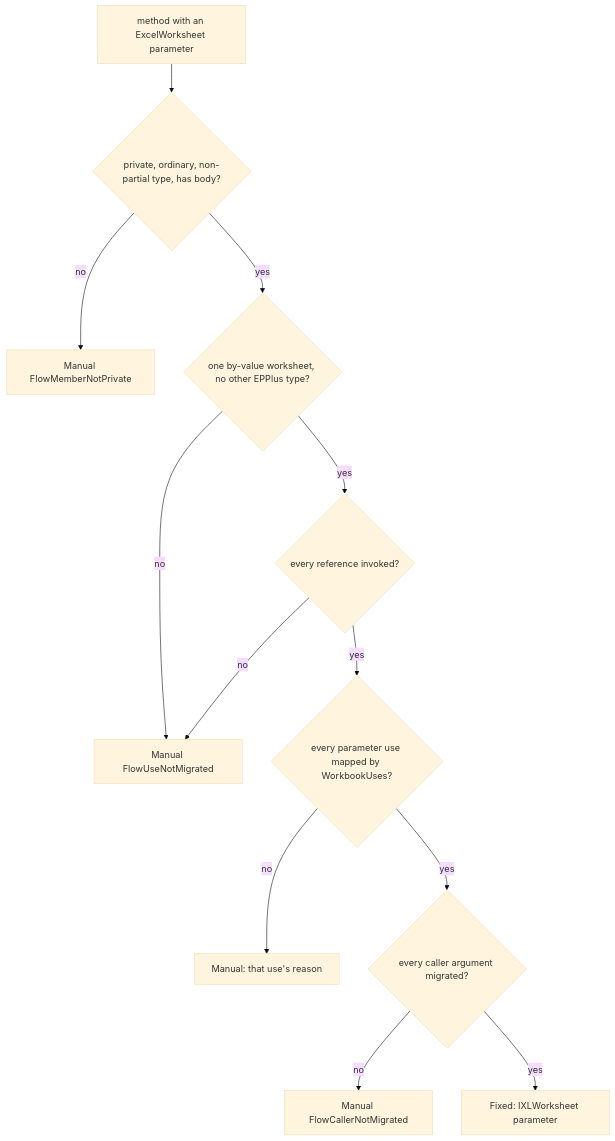
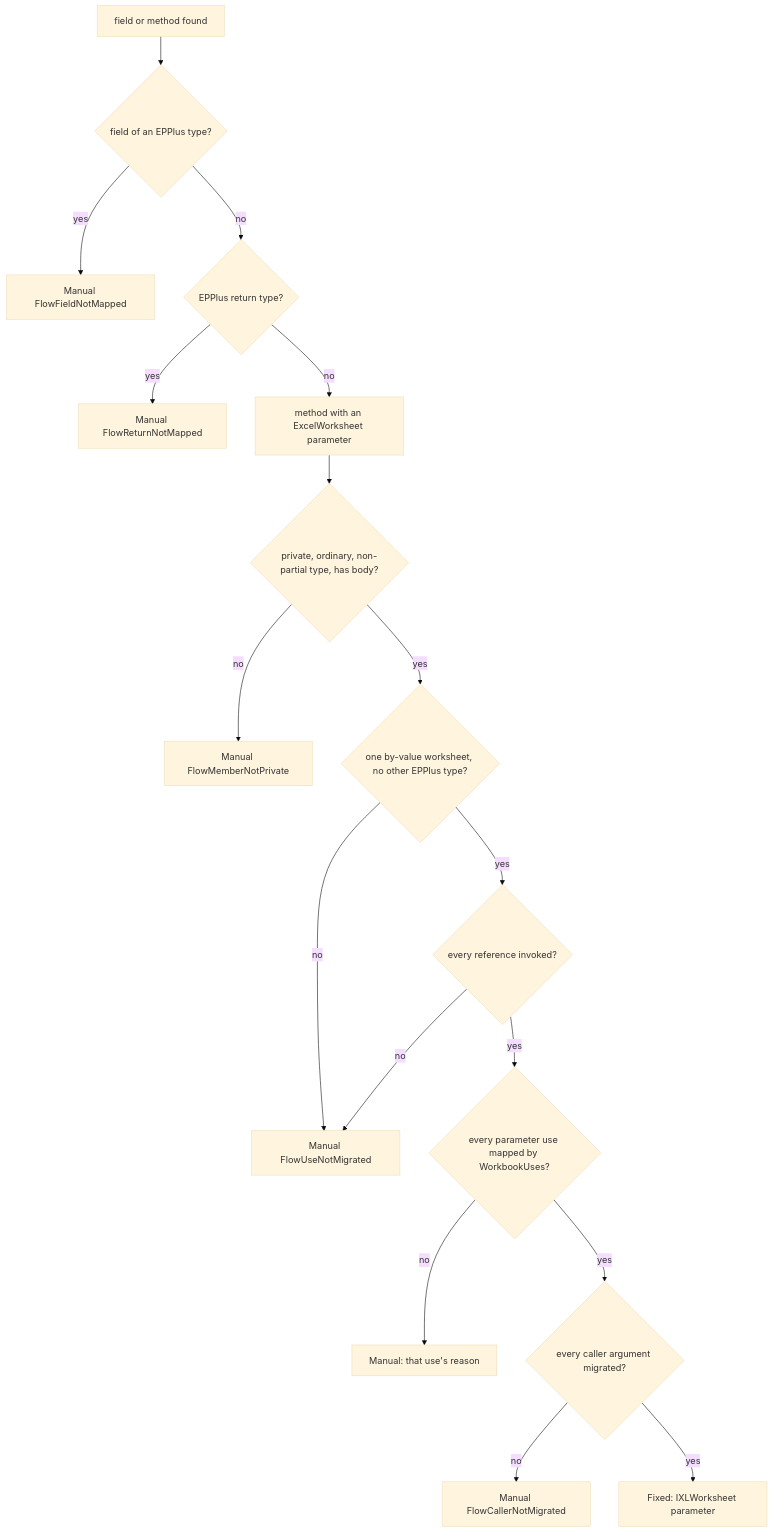
Before and after one commit to ATkingma/unshackle: the third of 3 diagrams in docs/projectinfo/patterns/epplus-flow-types-modellen.md, drawn with Mermaid (base theme). The commit also changed 31 other files, not shown here.

First line of the commit message:
EPPlus flow types step 5 (fields/returns Manual) and epplus.address (TAAK-327, council E18 step 2)

````diff
--- a/docs/projectinfo/patterns/epplus-flow-types-modellen.md
+++ b/docs/projectinfo/patterns/epplus-flow-types-modellen.md
@@ -36,14 +36,19 @@
 ```mermaid
 flowchart TD
+    Z[field or method found] --> Y{field of an EPPlus type?}
+    Y -- yes --> MF[Manual FlowFieldNotMapped]
+    Y -- no --> X{EPPlus return type?}
+    X -- yes --> MR[Manual FlowReturnNotMapped]
+    X -- no --> A
     A[method with an ExcelWorksheet parameter] --> B{private, ordinary, non-partial type, has body?}
     B -- no --> M1[Manual FlowMemberNotPrivate]
     B -- yes --> C{one by-value worksheet, no other EPPlus type?}
     C -- no --> M2[Manual FlowUseNotMigrated]
     C -- yes --> D{every reference invoked?}
     D -- no --> M2
     D -- yes --> E{every parameter use mapped by WorkbookUses?}
     E -- no --> M3[Manual: that use's reason]
     E -- yes --> F{every caller argument migrated?}
     F -- no --> M4[Manual FlowCallerNotMigrated]
     F -- yes --> OK[Fixed: IXLWorksheet parameter]
 ```
````
